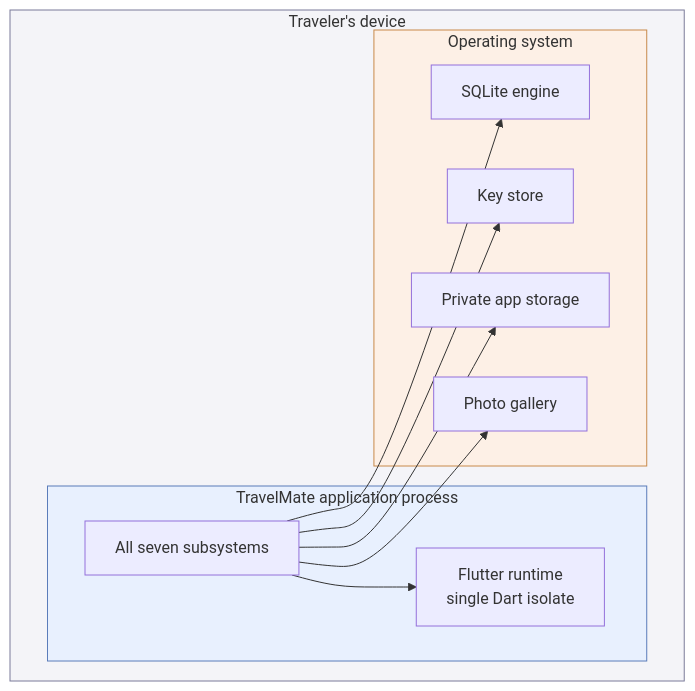
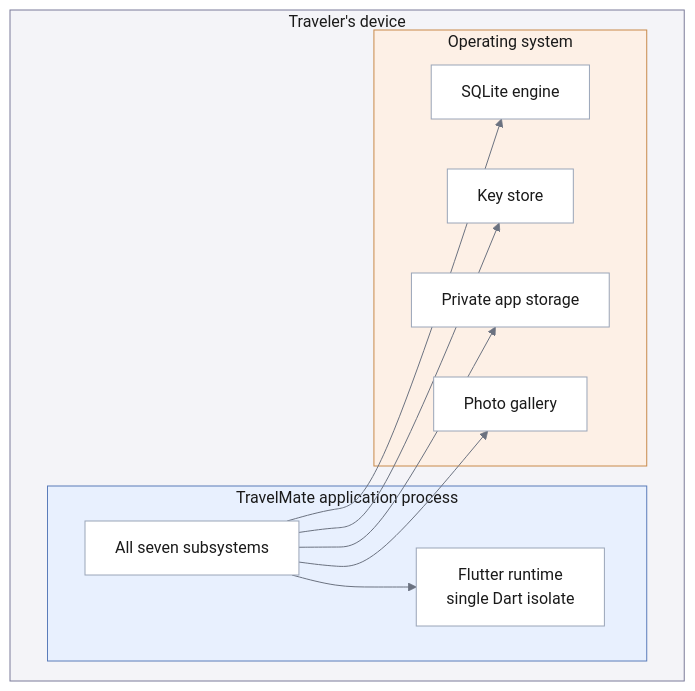
Before and after one commit to Simo-2004/TravelMate-docs: the diagram in docs/sdd/proposed-architecture/hardware-software-mapping.md, drawn with Mermaid. The commit also changed 3 other files, not shown here.

````diff
--- a/docs/sdd/proposed-architecture/hardware-software-mapping.md
+++ b/docs/sdd/proposed-architecture/hardware-software-mapping.md
@@ -7,25 +7,26 @@
 ```mermaid
+%%{init: {'theme':'base','themeVariables':{'primaryTextColor':'#1a1a1a','textColor':'#1a1a1a','titleColor':'#1a1a1a','nodeTextColor':'#1a1a1a','lineColor':'#6b7280','clusterBkg':'#f7f9fc','clusterBorder':'#9aa5b8','primaryColor':'#ffffff','primaryBorderColor':'#9aa5b8'}}}%%
 flowchart TD
     subgraph DEV["Traveler's device"]
         subgraph APP["TravelMate application process"]
             RT["Flutter runtime<br/>single Dart isolate"]
             SUB["All seven subsystems"]
         end
         subgraph OS["Operating system"]
             SQL["SQLite engine"]
             KS["Key store"]
             FS["Private app storage"]
             GAL["Photo gallery"]
         end
     end
 
     SUB --> RT
     SUB --> SQL
     SUB --> KS
     SUB --> FS
     SUB --> GAL
 
-    style DEV fill:#f4f4f8,stroke:#7a7a99
-    style APP fill:#e8f0fe,stroke:#5b7cba
-    style OS fill:#fdf0e6,stroke:#c98a4b
+    style DEV fill:#f4f4f8,stroke:#7a7a99,color:#1a1a1a
+    style APP fill:#e8f0fe,stroke:#5b7cba,color:#1a1a1a
+    style OS fill:#fdf0e6,stroke:#c98a4b,color:#1a1a1a
 ```
````
